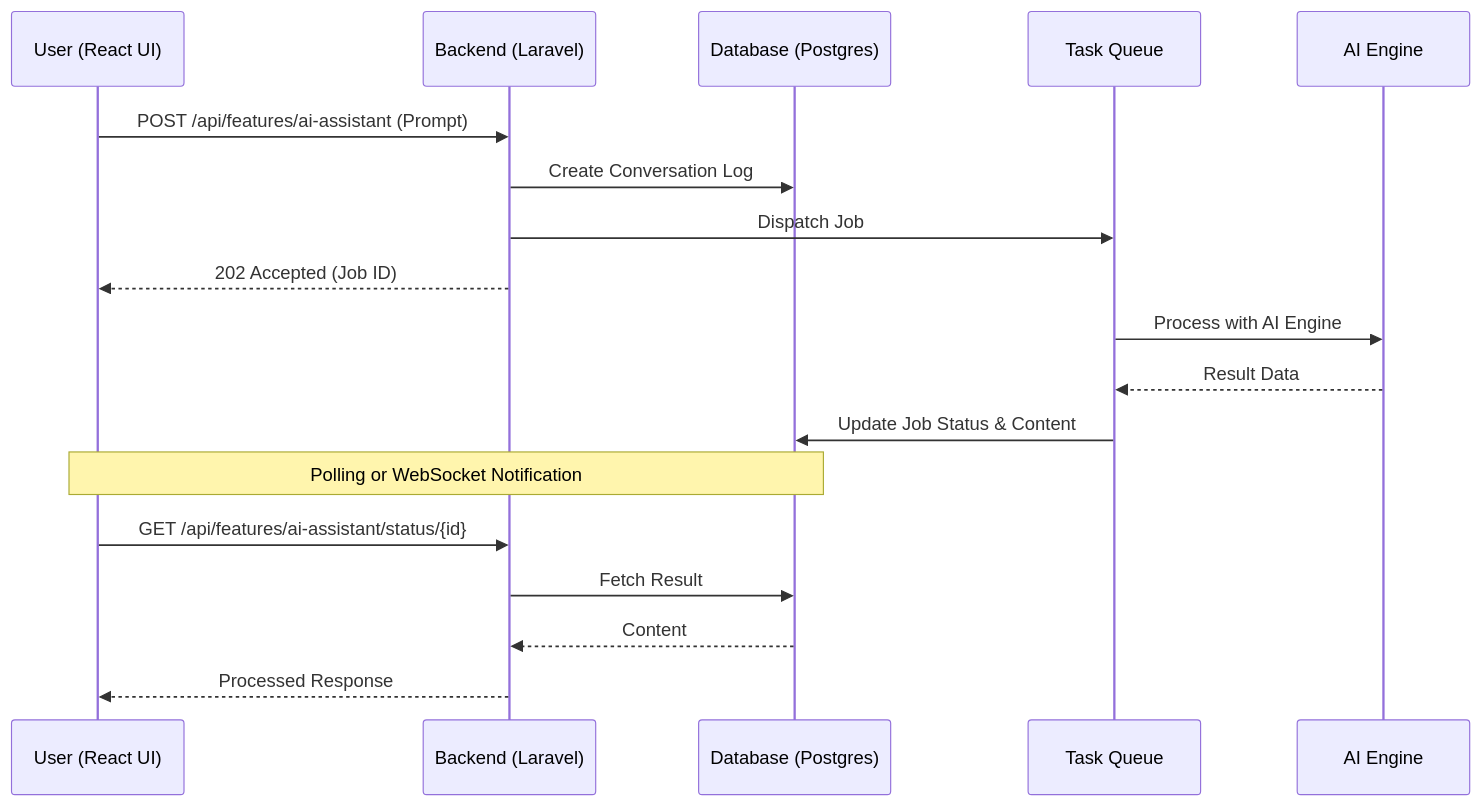
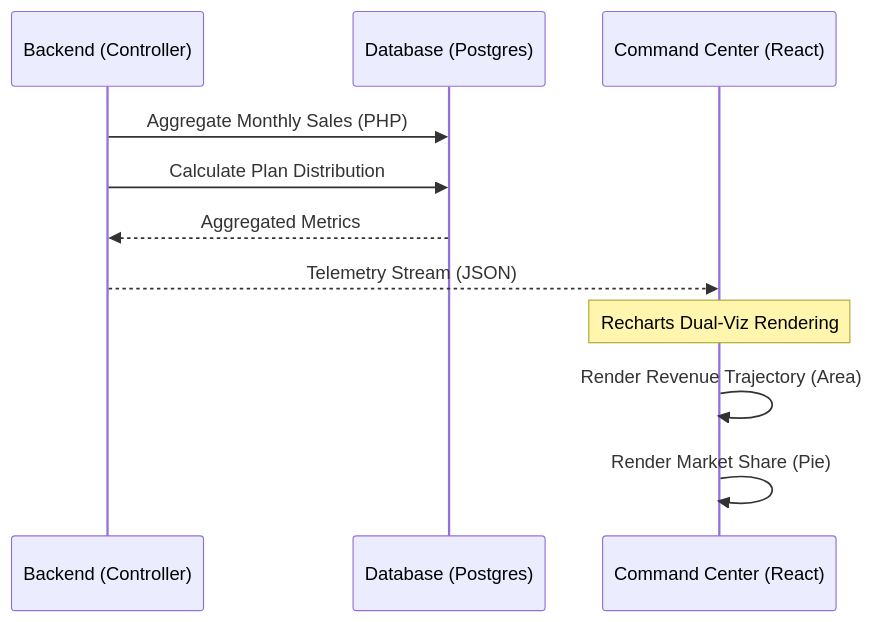
Before and after one commit to binssente-crypto/CND-Upraze: the second of 2 diagrams in README.md, drawn with Mermaid. The commit also changed other lines of this file, not shown here.

Commit message:
Documentation Modernization: Integrated Administrative Command Center flow and 3D Studio specifications into README

````diff
--- a/README.md
+++ b/README.md
@@ -31,23 +32,14 @@
 ```mermaid
 sequenceDiagram
-    participant U as User (React UI)
-    participant B as Backend (Laravel)
+    participant B as Backend (Controller)
     participant D as Database (Postgres)
-    participant Q as Task Queue
-    participant AI as AI Engine
-
-    U->>B: POST /api/features/ai-assistant (Prompt)
-    B->>D: Create Conversation Log
-    B->>Q: Dispatch Job
-    B-->>U: 202 Accepted (Job ID)
+    participant C as Command Center (React)
     
-    Q->>AI: Process with AI Engine
-    AI-->>Q: Result Data
-    Q->>D: Update Job Status & Content
-    
-    Note over U,D: Polling or WebSocket Notification
-    U->>B: GET /api/features/ai-assistant/status/{id}
-    B->>D: Fetch Result
-    D-->>B: Content
-    B-->>U: Processed Response
+    B->>D: Aggregate Monthly Sales (PHP)
+    B->>D: Calculate Plan Distribution
+    D-->>B: Aggregated Metrics
+    B-->>C: Telemetry Stream (JSON)
+    Note over C: Recharts Dual-Viz Rendering
+    C->>C: Render Revenue Trajectory (Area)
+    C->>C: Render Market Share (Pie)
 ```
````
